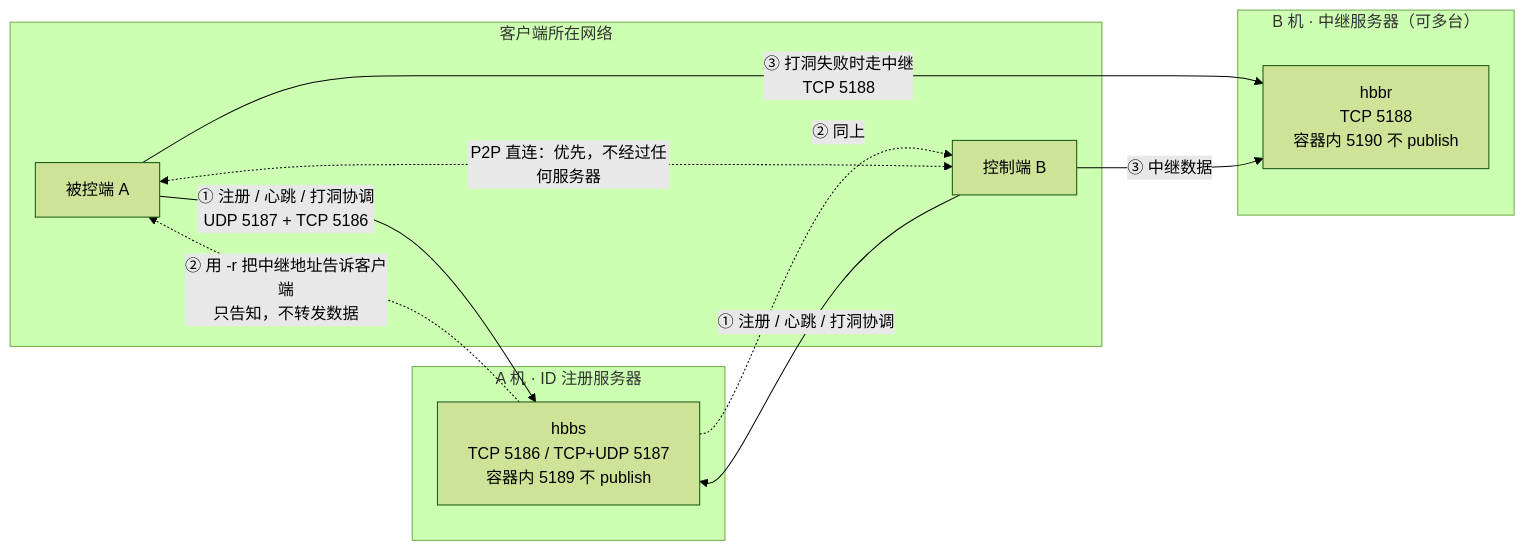
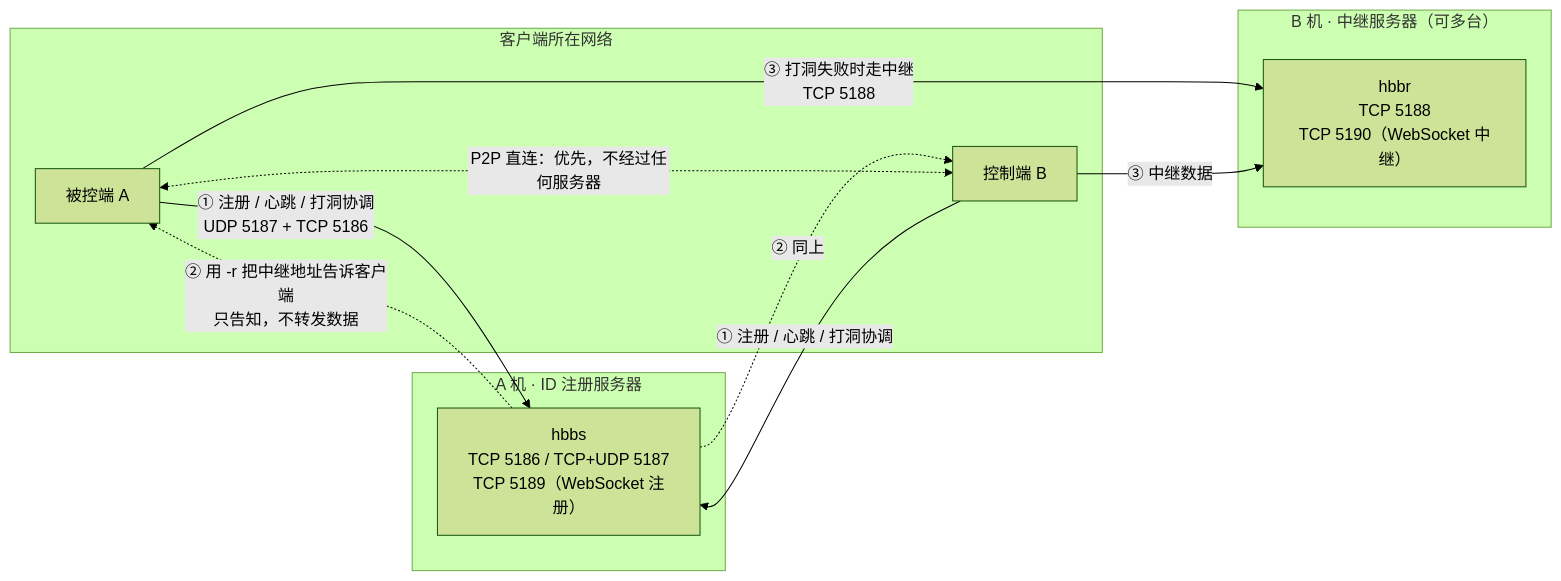
The sixth of 6 diagrams in docs/13-server-deployment-handbook.md (liaozhimingandy/wedesk), drawn with Mermaid (forest theme) before and after one commit. The commit also changed other lines of this file and 5 other files, not shown here.

First line of the commit message:
端口规划补 5189/5190：WebSocket 端口默认 publish

````diff
--- a/docs/13-server-deployment-handbook.md
+++ b/docs/13-server-deployment-handbook.md
@@ -510,21 +519,21 @@
 ```mermaid
 flowchart LR
     subgraph LAN["客户端所在网络"]
         C1["被控端 A"]
         C2["控制端 B"]
     end
     subgraph S1["A 机 · ID 注册服务器"]
-        H["hbbs<br/>TCP 5186 / TCP+UDP 5187<br/>容器内 5189 不 publish"]
+        H["hbbs<br/>TCP 5186 / TCP+UDP 5187<br/>TCP 5189（WebSocket 注册）"]
     end
     subgraph S2["B 机 · 中继服务器（可多台）"]
-        R["hbbr<br/>TCP 5188<br/>容器内 5190 不 publish"]
+        R["hbbr<br/>TCP 5188<br/>TCP 5190（WebSocket 中继）"]
     end
 
     C1 -- "① 注册 / 心跳 / 打洞协调<br/>UDP 5187 + TCP 5186" --> H
     C2 -- "① 注册 / 心跳 / 打洞协调" --> H
     H -. "② 用 -r 把中继地址告诉客户端<br/>只告知，不转发数据" .-> C1
     H -. "② 同上" .-> C2
     C1 -- "③ 打洞失败时走中继<br/>TCP 5188" --> R
     C2 -- "③ 中继数据" --> R
     C1 <-. "P2P 直连：优先，不经过任何服务器" .-> C2
 ```
````
